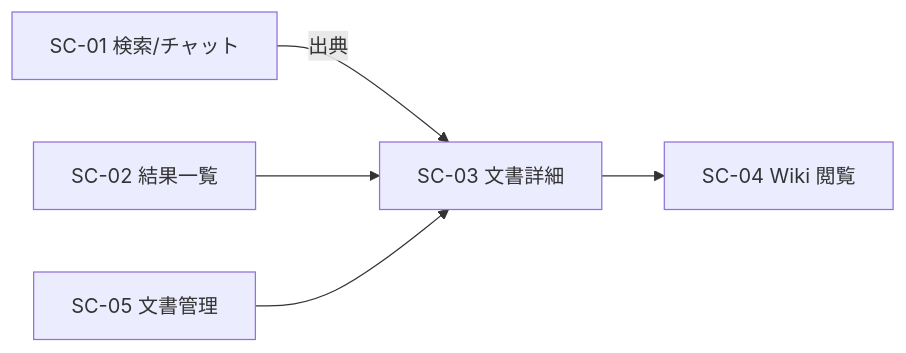
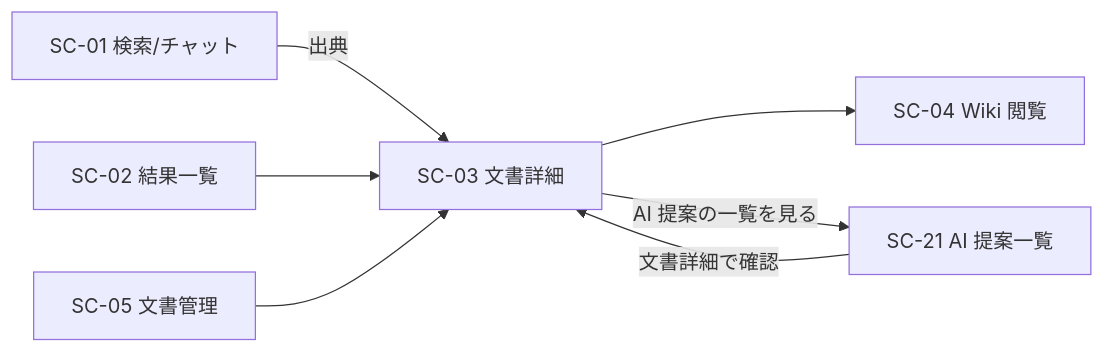
Before and after one commit to endazon/microservices-platform: the diagram in docs/screens/SC-03_document-detail.md, drawn with Mermaid. The commit also changed other lines of this file and 23 other files, not shown here.

````diff
--- a/docs/screens/SC-03_document-detail.md
+++ b/docs/screens/SC-03_document-detail.md
@@ -231,7 +293,9 @@
 ```mermaid
 flowchart LR
   SC01[SC-01 検索/チャット] -- 出典 --> SC03[SC-03 文書詳細]
   SC02[SC-02 結果一覧] --> SC03
   SC05[SC-05 文書管理] --> SC03
   SC03 --> SC04[SC-04 Wiki 閲覧]
+  SC03 -- AI 提案の一覧を見る --> SC21[SC-21 AI 提案一覧]
+  SC21 -- 文書詳細で確認 --> SC03
 ```
````
